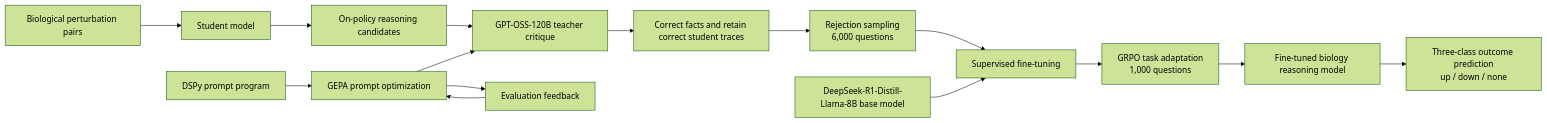
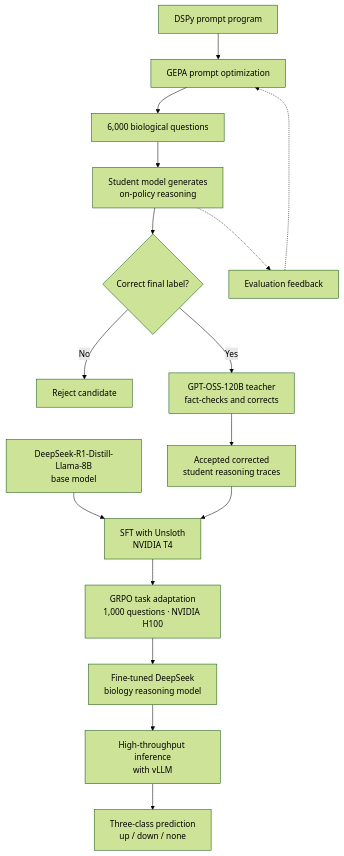
Before and after one commit to rishaviitd/kaggle.bioreasoning.challenge: the diagram in README.md, drawn with Mermaid (forest theme). The commit also changed other lines of this file and 5 other files, not shown here.

````diff
--- a/README.md
+++ b/README.md
@@ -160,18 +183,20 @@
 ```mermaid
-flowchart LR
-    D[Biological perturbation pairs] --> M[Student model]
-    M --> C[On-policy reasoning candidates]
-    C --> T[GPT-OSS-120B teacher critique]
-    T --> R[Correct facts and retain correct student traces]
-    R --> Q[Rejection sampling\n6,000 questions] --> S[Supervised fine-tuning]
-    B[DeepSeek-R1-Distill-Llama-8B base model] --> S
-    S --> G[GRPO task adaptation\n1,000 questions]
-    G --> F[Fine-tuned biology reasoning model]
+flowchart TD
+    P["DSPy prompt program"] --> E["GEPA prompt optimization"]
+    E --> D["6,000 biological questions"]
+    D --> M["Student model generates<br/>on-policy reasoning"]
+    M --> C{"Correct final label?"}
+    C -->|"No"| X["Reject candidate"]
+    C -->|"Yes"| T["GPT-OSS-120B teacher<br/>fact-checks and corrects"]
+    T --> R["Accepted corrected<br/>student reasoning traces"]
 
-    P[DSPy prompt program] --> E[GEPA prompt optimization]
-    E --> T
-    E --> V[Evaluation feedback]
-    V --> E
+    B["DeepSeek-R1-Distill-Llama-8B<br/>base model"] --> S["SFT with Unsloth<br/>NVIDIA T4"]
+    R --> S
+    S --> G["GRPO task adaptation<br/>1,000 questions · NVIDIA H100"]
+    G --> F["Fine-tuned DeepSeek<br/>biology reasoning model"]
+    F --> I["High-throughput inference<br/>with vLLM"]
+    I --> O["Three-class prediction<br/>up / down / none"]
 
-    F --> O[Three-class outcome prediction\nup / down / none]
+    M -.-> V["Evaluation feedback"]
+    V -.-> E
 ```
````
